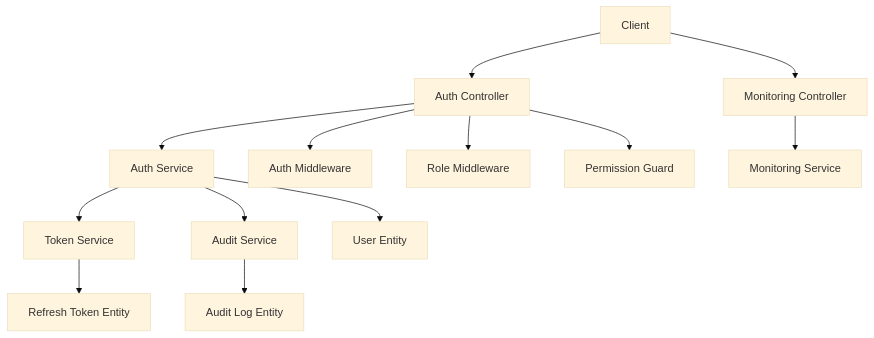
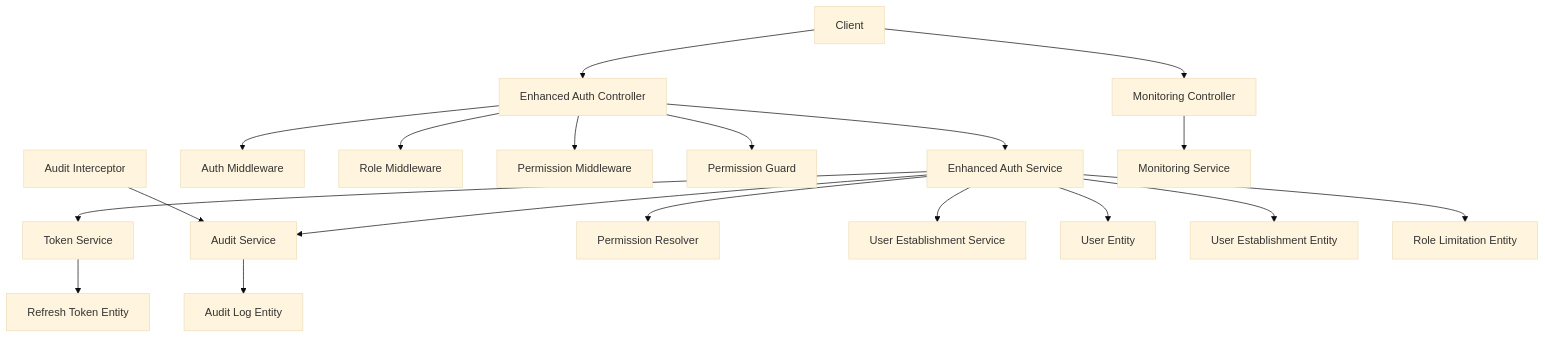
One commit to franckylab/eLISAschool changed the second of 9 diagrams in .qoder/repowiki/en/content/Modules & Features/Administrative Modules/Security & Governance/Security & Governance.md. Above: the diagram before and after it, drawn with Mermaid (base theme). The commit also changed other lines of this file and 67 other files, not shown here.

````diff
--- a/.qoder/repowiki/en/content/Modules & Features/Administrative Modules/Security & Governance/Security & Governance.md
+++ b/.qoder/repowiki/en/content/Modules & Features/Administrative Modules/Security & Governance/Security & Governance.md
@@ -141,28 +190,40 @@
 ```mermaid
 graph TB
 Client["Client"]
-AC["Auth Controller"]
-AS["Auth Service"]
+AC["Enhanced Auth Controller"]
+AS["Enhanced Auth Service"]
 TS["Token Service"]
 AU["Audit Service"]
+PERMRES["Permission Resolver"]
+UESS["User Establishment Service"]
 PMW["Auth Middleware"]
 RMW["Role Middleware"]
+PMMW["Permission Middleware"]
 PG["Permission Guard"]
+AI["Audit Interceptor"]
 UE["User Entity"]
 RTE["Refresh Token Entity"]
 AE["Audit Log Entity"]
+UET["User Establishment Entity"]
+ROLELT["Role Limitation Entity"]
 MS["Monitoring Service"]
 MC["Monitoring Controller"]
 Client --> AC
 AC --> AS
 AS --> TS
 AS --> AU
+AS --> PERMRES
+AS --> UESS
 AC --> PMW
 AC --> RMW
+AC --> PMMW
 AC --> PG
 AS --> UE
+AS --> UET
+AS --> ROLELT
 TS --> RTE
 AU --> AE
+AI --> AU
 Client --> MC
 MC --> MS
 ```
````
